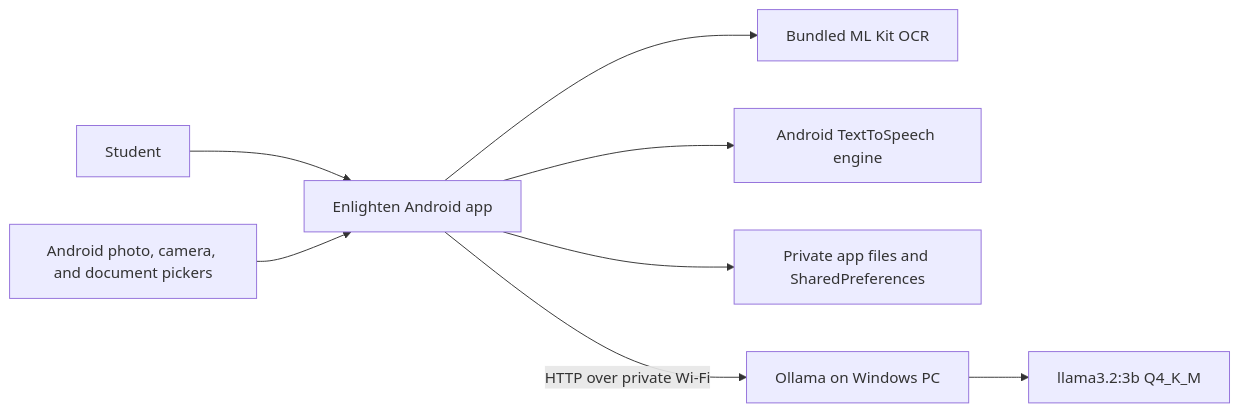
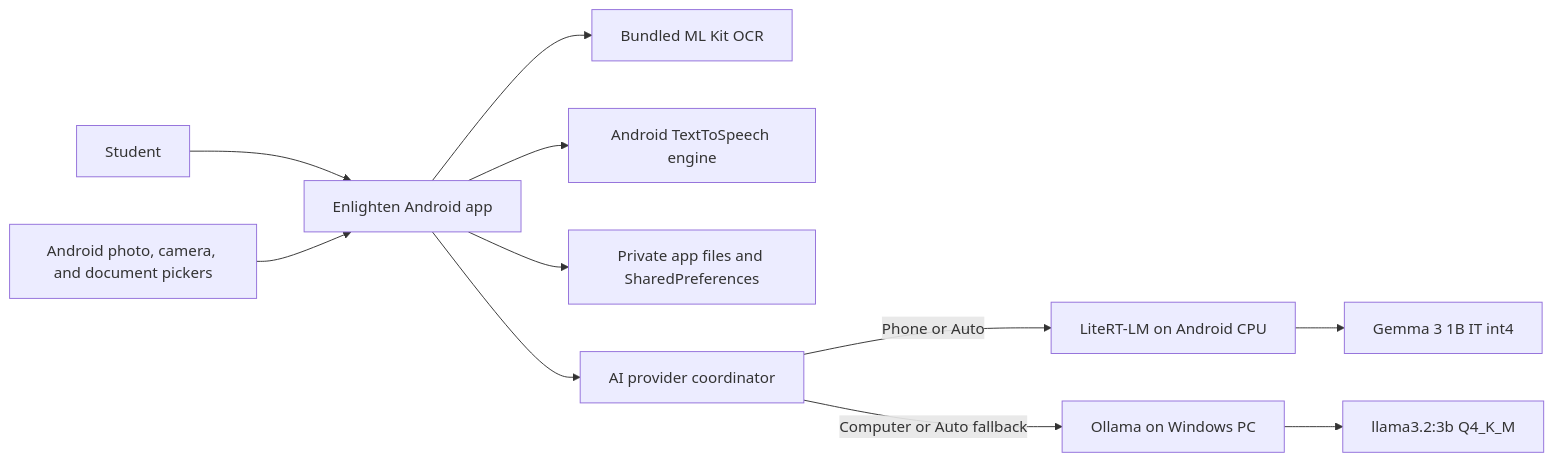
The first of 4 diagrams in TECHNICAL_REPORT.md (mohammedfazilamer-hash/enlighten), drawn with Mermaid before and after one commit. The commit also changed other lines of this file and 24 other files, not shown here.

````diff
--- a/TECHNICAL_REPORT.md
+++ b/TECHNICAL_REPORT.md
@@ -199,10 +204,13 @@
 ```mermaid
 flowchart LR
     User["Student"] --> App["Enlighten Android app"]
     Picker["Android photo, camera, and document pickers"] --> App
     App --> OCR["Bundled ML Kit OCR"]
     App --> TTS["Android TextToSpeech engine"]
     App --> Files["Private app files and SharedPreferences"]
-    App -->|"HTTP over private Wi-Fi"| Ollama["Ollama on Windows PC"]
+    App --> Coordinator["AI provider coordinator"]
+    Coordinator -->|"Phone or Auto"| LiteRT["LiteRT-LM on Android CPU"]
+    LiteRT --> Gemma["Gemma 3 1B IT int4"]
+    Coordinator -->|"Computer or Auto fallback"| Ollama["Ollama on Windows PC"]
     Ollama --> Model["llama3.2:3b Q4_K_M"]
 ```
````
